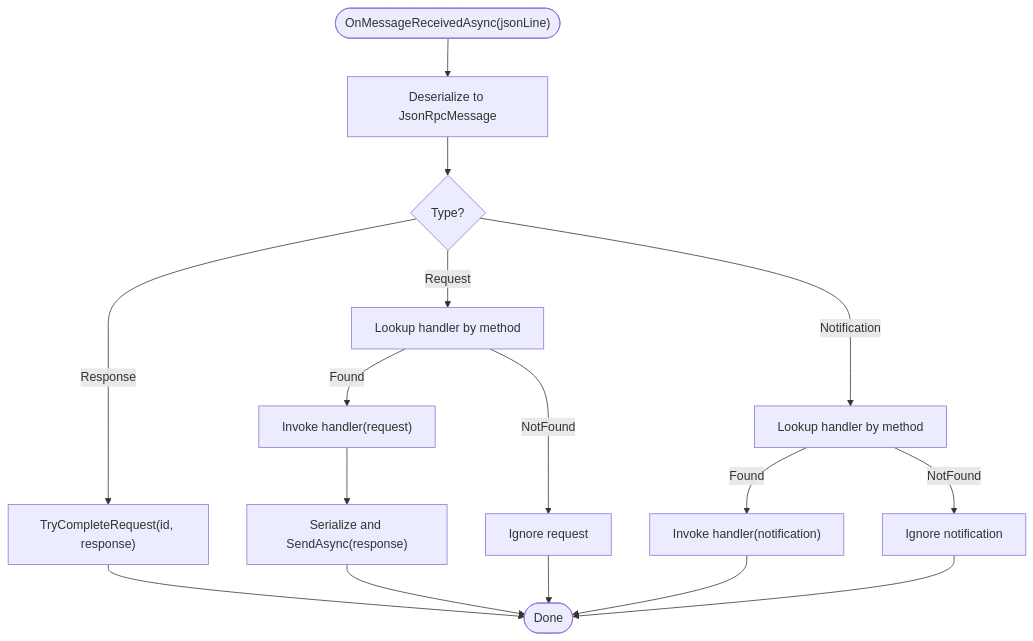
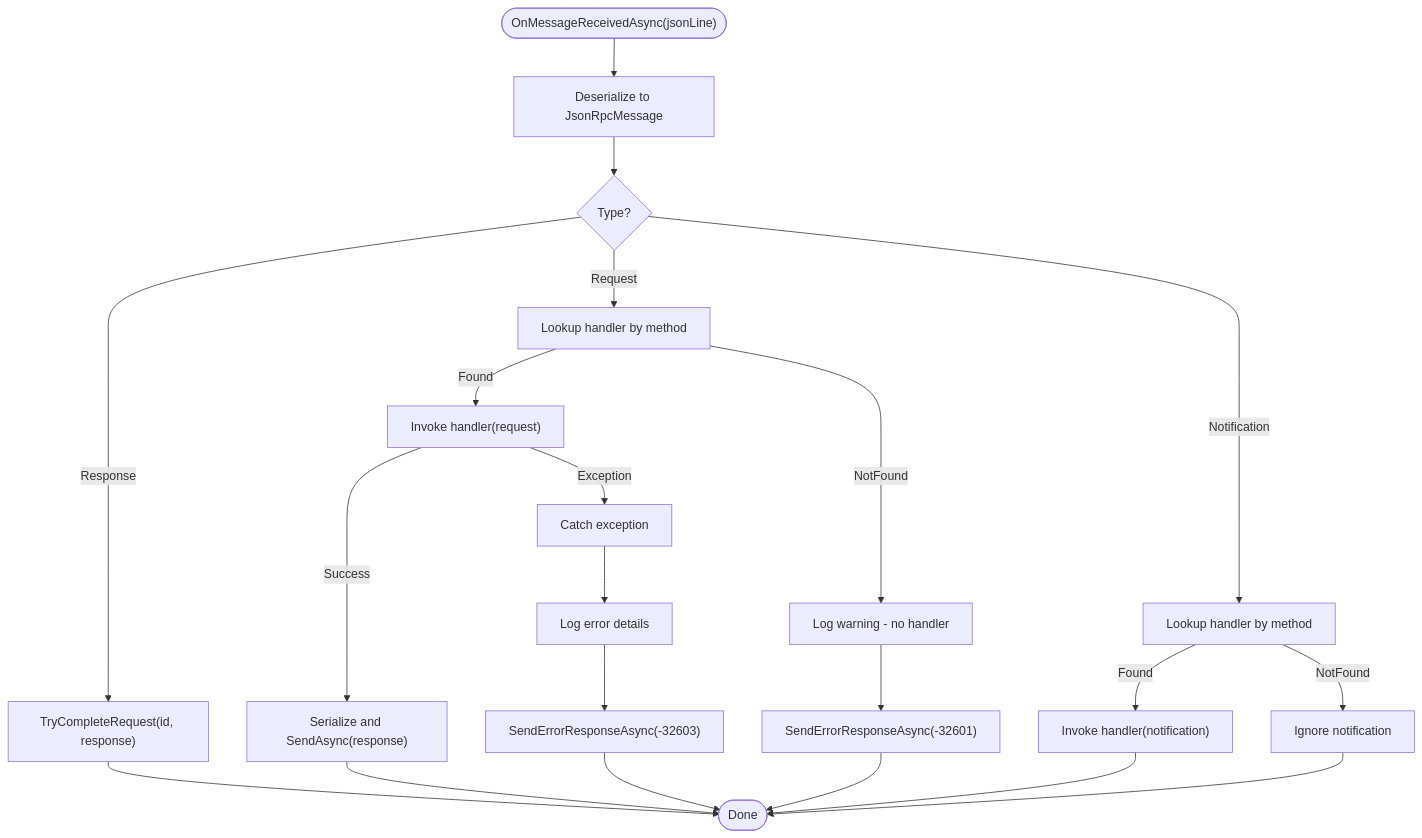
One commit to AgenticDesktop/ACPLibrary changed the sixth of 7 diagrams in .qoder/repowiki/en/content/Protocol Handling.md. Above: the diagram before and after it, drawn with Mermaid. The commit also changed other lines of this file and 59 other files, not shown here.

````diff
--- a/.qoder/repowiki/en/content/Protocol Handling.md
+++ b/.qoder/repowiki/en/content/Protocol Handling.md
@@ -342,18 +374,23 @@
 ```mermaid
 flowchart TD
 In(["OnMessageReceivedAsync(jsonLine)"]) --> Deserialize["Deserialize to JsonRpcMessage"]
 Deserialize --> TypeCheck{"Type?"}
 TypeCheck --> |Response| Correlate["TryCompleteRequest(id, response)"]
 TypeCheck --> |Request| LookupReq["Lookup handler by method"]
 TypeCheck --> |Notification| LookupNotif["Lookup handler by method"]
 LookupReq --> |Found| InvokeReq["Invoke handler(request)"]
-InvokeReq --> SendResp["Serialize and SendAsync(response)"]
+InvokeReq --> |Success| SendResp["Serialize and SendAsync(response)"]
+InvokeReq --> |Exception| HandleEx["Catch exception"]
+HandleEx --> LogEx["Log error details"]
+LogEx --> SendErr["SendErrorResponseAsync(-32603)"]
+SendErr --> Done(["Done"])
 LookupNotif --> |Found| InvokeNotif["Invoke handler(notification)"]
-Correlate --> Done(["Done"])
+Correlate --> Done
 SendResp --> Done
 InvokeNotif --> Done
-LookupReq --> |NotFound| IgnoreReq["Ignore request"]
+LookupReq --> |NotFound| LogWarn["Log warning - no handler"]
+LogWarn --> SendMethodErr["SendErrorResponseAsync(-32601)"]
+SendMethodErr --> Done
 LookupNotif --> |NotFound| IgnoreNotif["Ignore notification"]
-IgnoreReq --> Done
 IgnoreNotif --> Done
 ```
````
